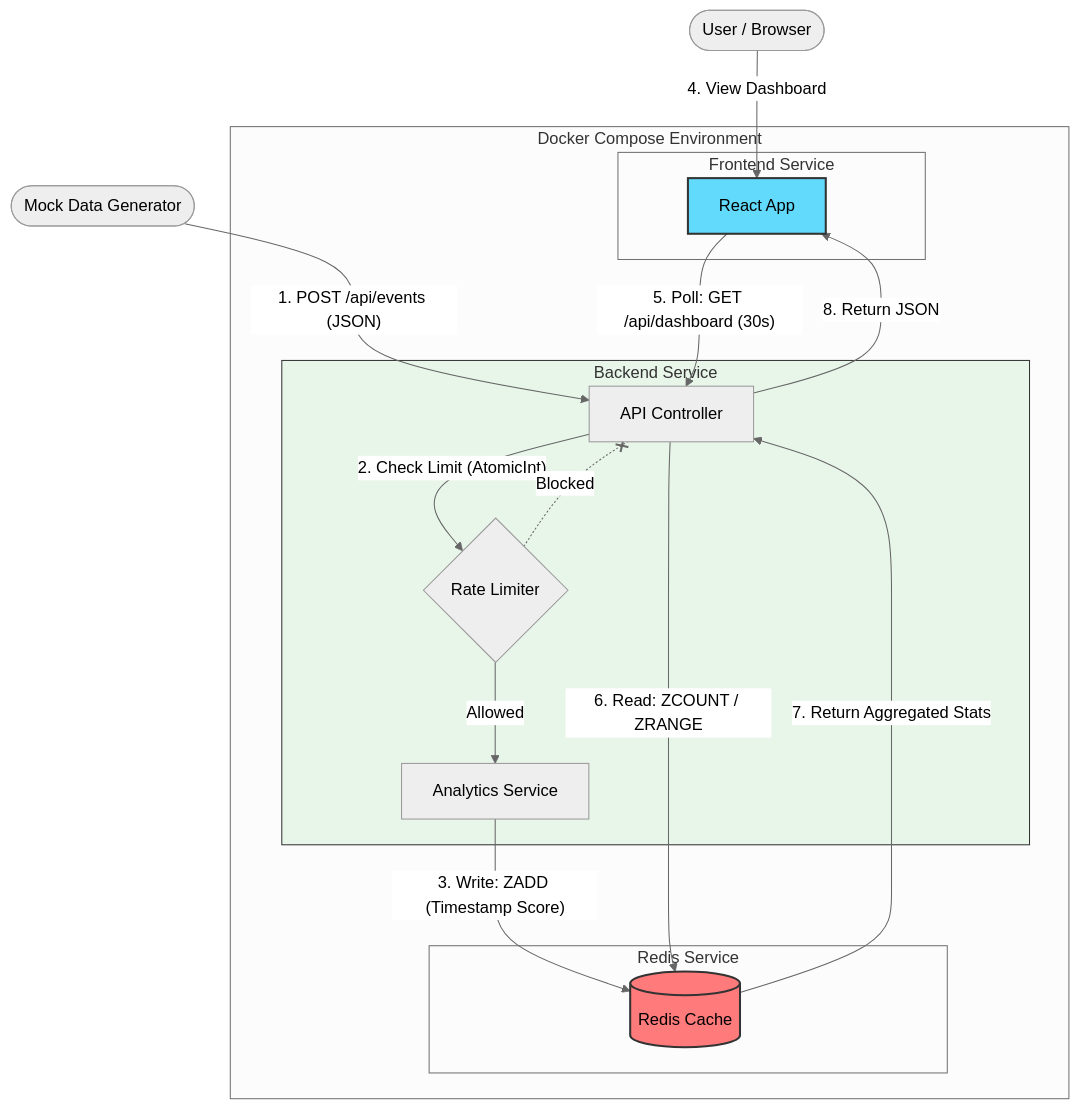
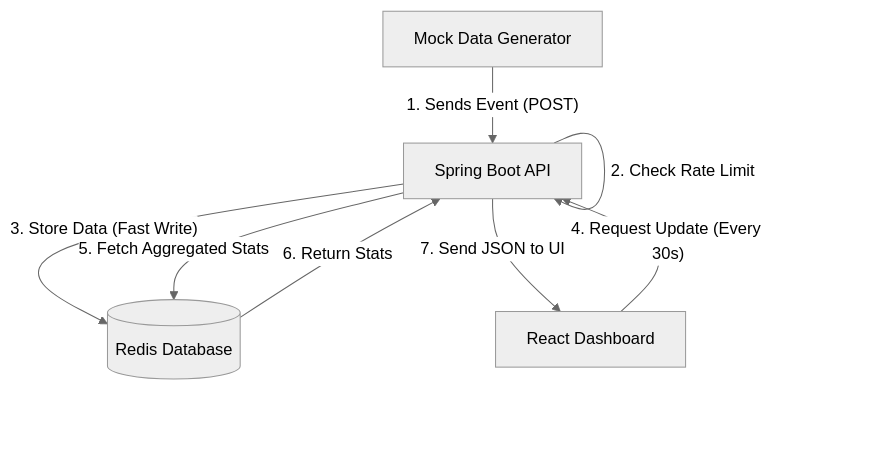
One commit to akshay161099/eCommerceAnalytics changed the diagram in README.md. Above: the diagram before and after it, drawn with Mermaid (neutral theme).

````diff
--- a/README.md
+++ b/README.md
@@ -6,47 +6,19 @@
 ```mermaid
 graph TD
-    %% Actors
-    User([User / Browser])
-    Gen([Mock Data Generator])
+    %% Main Nodes
+    Generator[Mock Data Generator]
+    API[Spring Boot API]
+    Redis[(Redis Database)]
+    Dashboard[React Dashboard]
 
-    %% Docker Container Context
-    subgraph Docker_Environment [Docker Compose Environment]
-        
-        %% Frontend Service
-        subgraph Frontend_Container [Frontend Service]
-            React[React App]
-        end
+    %% Ingestion Flow (Writes)
+    Generator -- "1. Sends Event (POST)" --> API
+    API -- "2. Check Rate Limit" --> API
+    API -- "3. Store Data (Fast Write)" --> Redis
 
-        %% Backend Service
-        subgraph Backend_Container [Backend Service]
-            Controller[API Controller]
-            Limiter{Rate Limiter}
-            Service[Analytics Service]
-        end
-
-        %% Database Service
-        subgraph Data_Store [Redis Service]
-            Redis[(Redis Cache)]
-        end
-    end
-
-    %% Data Flow - Ingestion
-    Gen -- "1. POST /api/events (JSON)" --> Controller
-    Controller -- "2. Check Limit (AtomicInt)" --> Limiter
-    Limiter -- "Allowed" --> Service
-    Limiter -. "Blocked" .-x Controller
-    
-    Service -- "3. Write: ZADD (Timestamp Score)" --> Redis
-    
-    %% Data Flow - Dashboard
-    User -- "4. View Dashboard" --> React
-    React -- "5. Poll: GET /api/dashboard (30s)" --> Controller
-    Controller -- "6. Read: ZCOUNT / ZRANGE" --> Redis
-    Redis -- "7. Return Aggregated Stats" --> Controller
-    Controller -- "8. Return JSON" --> React
-
-    %% Styling
-    style Redis fill:#ff7b7b,stroke:#333,stroke-width:2px
-    style React fill:#61dafb,stroke:#333,stroke-width:2px,color:black
-    style Backend_Container fill:#e8f5e9,stroke:#333
+    %% Dashboard Flow (Reads)
+    Dashboard -- "4. Request Update (Every 30s)" --> API
+    API -- "5. Fetch Aggregated Stats" --> Redis
+    Redis -- "6. Return Stats" --> API
+    API -- "7. Send JSON to UI" --> Dashboard
 ```
````
